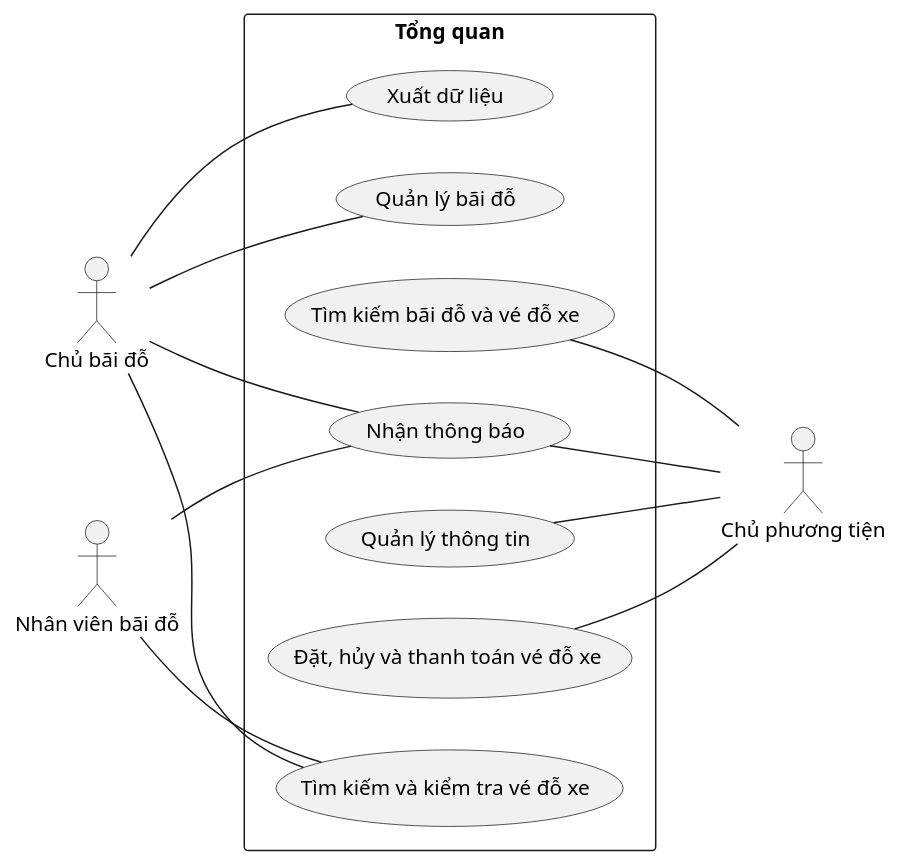
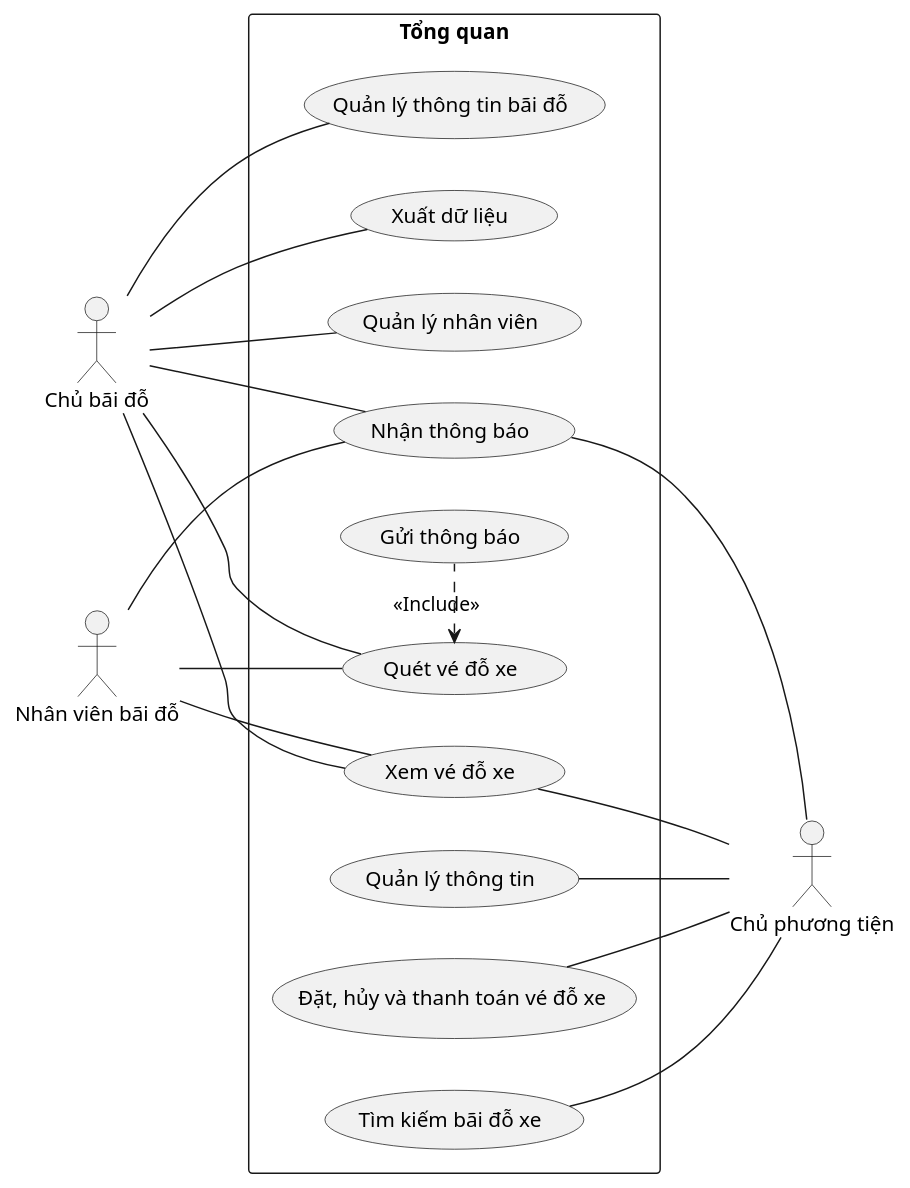
The diagram in usecase/general.wsd (hieutbui/graduation-diagram), drawn with PlantUML before and after one commit.

Commit message:
Update general use case

```diff
--- a/usecase/general.wsd
+++ b/usecase/general.wsd
@@ -1,26 +1,32 @@
 @startuml general
 
 left to right direction
 skinparam packageStyle rect
 
 actor "Chủ bãi đỗ" as ParkingOwner
 actor "Nhân viên bãi đỗ" as ParkingStaff
 
 actor "Chủ phương tiện" as VehicleOwner
 
 rectangle "Tổng quan" as GeneralDiagram {
   'ParkingStaff'
-    ParkingStaff -- (Tìm kiếm và kiểm tra vé đỗ xe)
+    ParkingStaff -- (Xem vé đỗ xe)
     ParkingStaff -- (Nhận thông báo)
+    ParkingStaff -- (Quét vé đỗ xe)
   'ParkingOwner'
-    ParkingOwner -- (Quản lý bãi đỗ)
-    ParkingOwner -- (Tìm kiếm và kiểm tra vé đỗ xe)
+    ParkingOwner -- (Quản lý thông tin bãi đỗ)
+    ParkingOwner -- (Xem vé đỗ xe)
     ParkingOwner -- (Xuất dữ liệu)
     ParkingOwner -- (Nhận thông báo)
+    ParkingOwner -- (Quét vé đỗ xe)
+    ParkingOwner -- (Quản lý nhân viên)
   'VehicleOwner'
     (Nhận thông báo) - VehicleOwner
     (Quản lý thông tin) -- VehicleOwner
     (Đặt, hủy và thanh toán vé đỗ xe) -- VehicleOwner
-    (Tìm kiếm bãi đỗ và vé đỗ xe) -- VehicleOwner
+    (Tìm kiếm bãi đỗ xe) -- VehicleOwner
+    (Xem vé đỗ xe) -- VehicleOwner
+  'Ext use case'
+    (Gửi thông báo) .left.> (Quét vé đỗ xe): <<Include>>
 }
 @enduml
```
